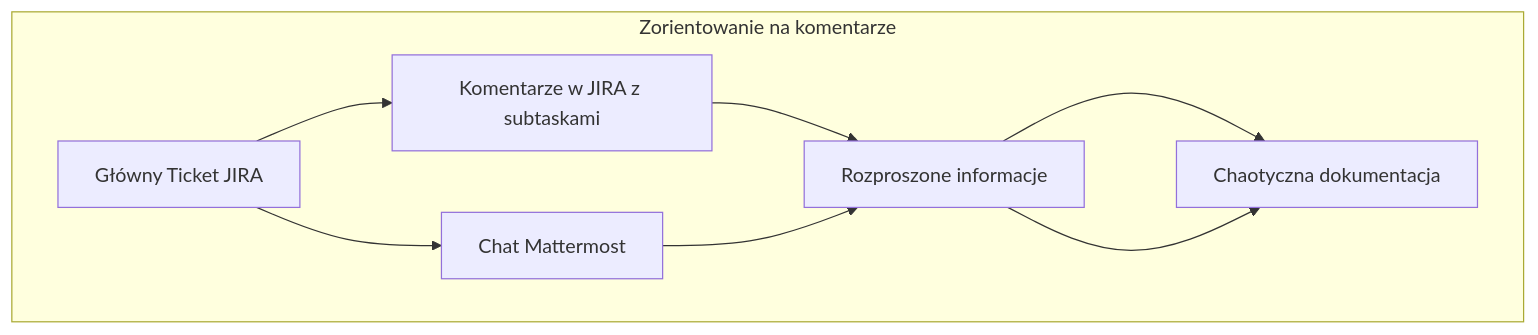
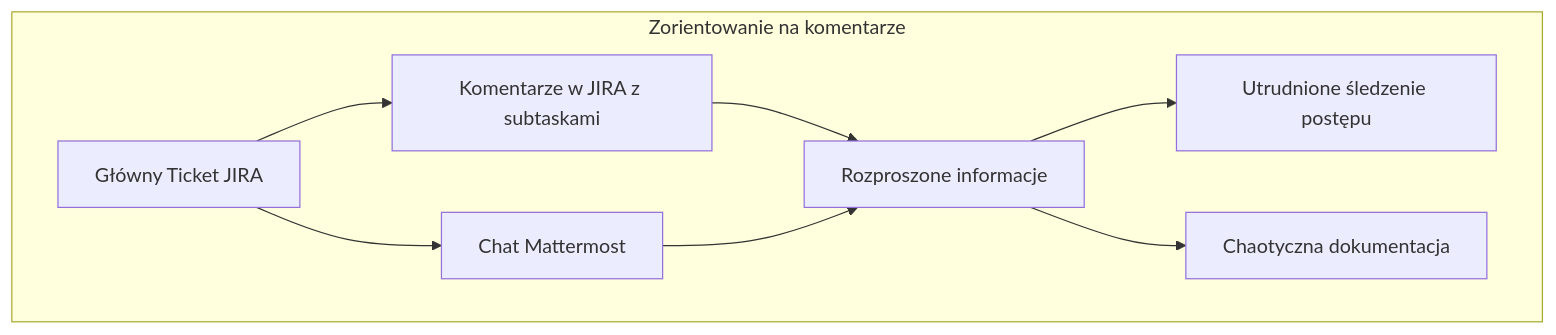
One commit to tom-sapletta-com/komunikacja changed the first of 3 diagrams in README.md. Above: the diagram before and after it, drawn with Mermaid.

````diff
--- a/README.md
+++ b/README.md
@@ -7,11 +7,11 @@
 ```mermaid
 graph TB
     subgraph Zorientowanie na komentarze
         A[Główny Ticket JIRA] --> B[Komentarze w JIRA z subtaskami]
         A --> C[Chat Mattermost]
         B --> D[Rozproszone informacje]
         C --> D
         D --> E[Utrudnione śledzenie postępu]
-        D --> E[Chaotyczna dokumentacja]        
+        D --> F[Chaotyczna dokumentacja]        
     end
 ```
````
